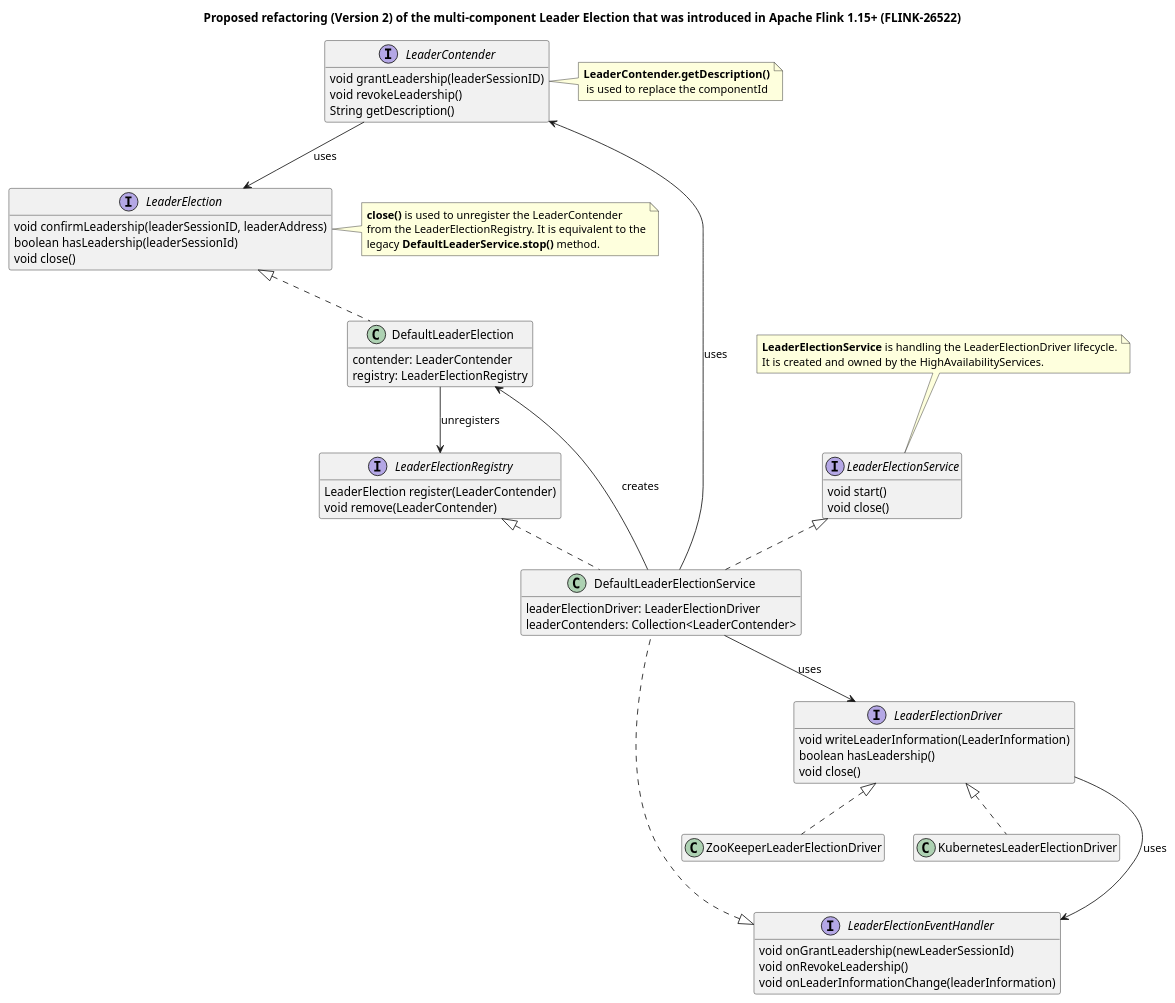
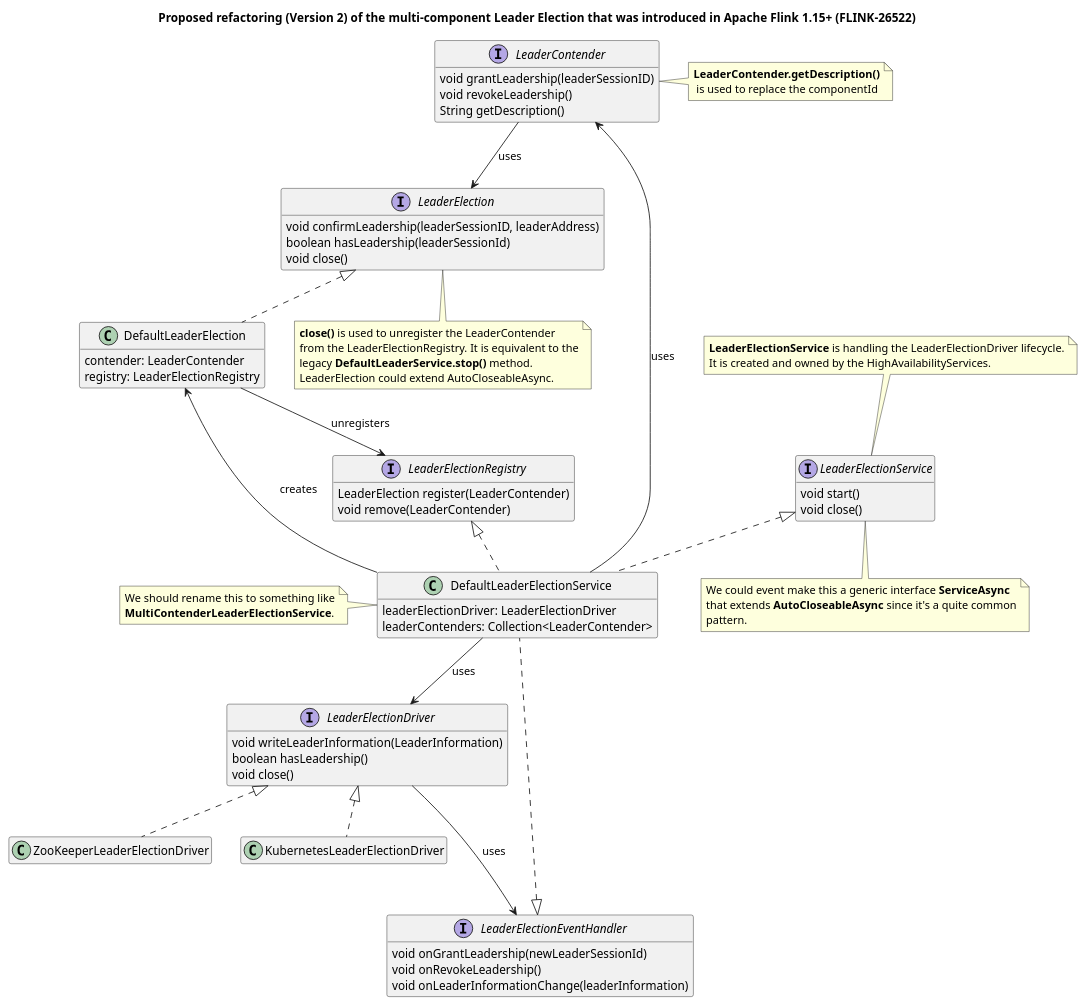
The diagram in plantuml/leaderelection-FLINK-26522.class.puml (XComp/flink-diagrams), drawn with PlantUML before and after one commit.

Commit message:
Updated proposal (v2) for FLINK-26522 changes with additional descriptions.

```diff
--- a/plantuml/leaderelection-FLINK-26522.class.puml
+++ b/plantuml/leaderelection-FLINK-26522.class.puml
@@ -1,84 +1,94 @@
 @startuml
 'https://plantuml.com/class-diagram
 
 title Proposed refactoring (Version 2) of the multi-component Leader Election that was introduced in Apache Flink 1.15+ (FLINK-26522)
 
 interface LeaderContender {
     void grantLeadership(leaderSessionID)
     void revokeLeadership()
     String getDescription()
 }
 hide LeaderContender fields
 note right: <b>LeaderContender.getDescription()</b>\n is used to replace the componentId
 
 interface LeaderElectionDriver {
     void writeLeaderInformation(LeaderInformation)
     boolean hasLeadership()
     void close()
 }
 hide LeaderElectionDriver fields
 
 interface LeaderElectionEventHandler {
     void onGrantLeadership(newLeaderSessionId)
     void onRevokeLeadership()
     void onLeaderInformationChange(leaderInformation)
 }
 hide LeaderElectionEventHandler fields
 
 interface LeaderElectionService {
     void start()
     void close()
 }
 hide LeaderElectionService fields
 note top of LeaderElectionService
     <b>LeaderElectionService</b> is handling the LeaderElectionDriver lifecycle.
     It is created and owned by the HighAvailabilityServices.
 end note
+note bottom of LeaderElectionService
+    We could event make this a generic interface <b>ServiceAsync</b>
+    that extends <b>AutoCloseableAsync</b> since it's a quite common
+    pattern.
+end note
 
 interface LeaderElectionRegistry {
     LeaderElection register(LeaderContender)
     void remove(LeaderContender)
 }
 hide LeaderElectionRegistry fields
 
 interface LeaderElection {
     void confirmLeadership(leaderSessionID, leaderAddress)
     boolean hasLeadership(leaderSessionId)
     void close()
 }
 hide LeaderElection fields
-note left of LeaderElection
+note bottom of LeaderElection
     <b>close()</b> is used to unregister the LeaderContender
     from the LeaderElectionRegistry. It is equivalent to the
     legacy <b>DefaultLeaderService.stop()</b> method.
+    LeaderElection could extend AutoCloseableAsync.
 end note
 
 class DefaultLeaderElection implements LeaderElection {
     contender: LeaderContender
     registry: LeaderElectionRegistry
 }
 hide DefaultLeaderElection methods
 
 class DefaultLeaderElectionService {
     leaderElectionDriver: LeaderElectionDriver
     leaderContenders: Collection<LeaderContender>
 }
 hide DefaultLeaderElectionService methods
+note left of DefaultLeaderElectionService
+    We should rename this to something like
+    <b>MultiContenderLeaderElectionService</b>.
+end note
 
 class ZooKeeperLeaderElectionDriver implements LeaderElectionDriver
 hide ZooKeeperLeaderElectionDriver members
 
 class KubernetesLeaderElectionDriver implements LeaderElectionDriver
 hide KubernetesLeaderElectionDriver members
 
 class DefaultLeaderElectionService implements LeaderElectionRegistry, LeaderElectionService, LeaderElectionEventHandler
 
 DefaultLeaderElectionService --> DefaultLeaderElection : creates
 LeaderContender --> LeaderElection : uses
 DefaultLeaderElection --> LeaderElectionRegistry : unregisters
 
 LeaderElectionDriver ---> LeaderElectionEventHandler : uses
 DefaultLeaderElectionService --> LeaderElectionDriver : uses
 DefaultLeaderElectionService --> LeaderContender : uses
 
 @enduml
```
